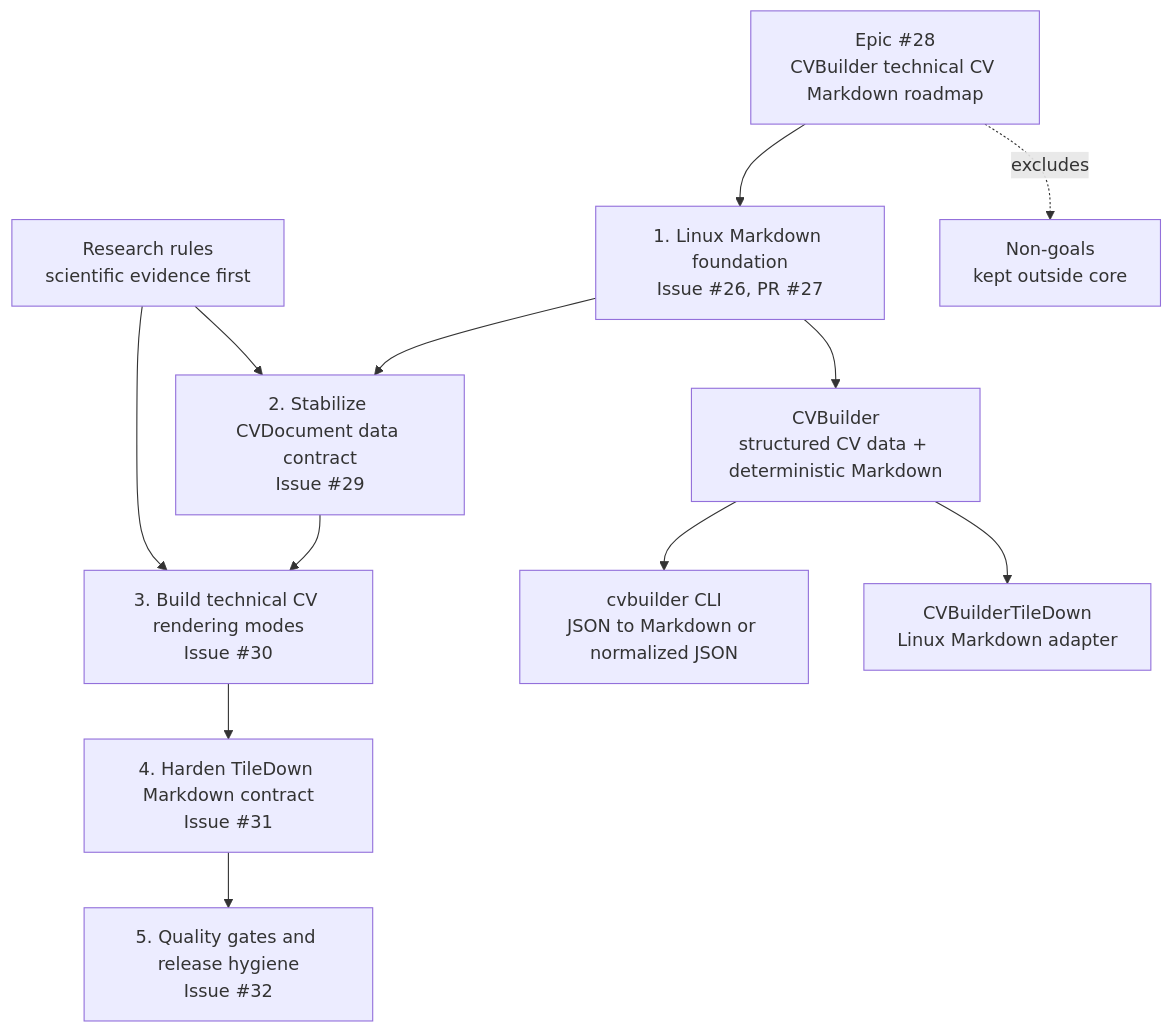
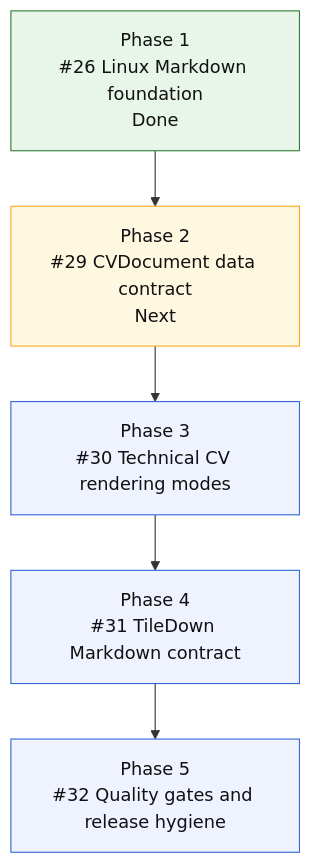
One commit to mihaelamj/cvbuilder changed the diagram in README.md. Above: the diagram before and after it, drawn with Mermaid. The commit also changed other lines of this file and 2 other files, not shown here.

Commit message:
docs(readme): mirror MarkdownPDF project layout

````diff
--- a/README.md
+++ b/README.md
@@ -192,23 +136,17 @@
 ```mermaid
 flowchart TD
-    Epic["Epic #28<br/>CVBuilder technical CV Markdown roadmap"]
-    Phase1["1. Linux Markdown foundation<br/>Issue #26, PR #27"]
-    Phase2["2. Stabilize CVDocument data contract<br/>Issue #29"]
-    Phase3["3. Build technical CV rendering modes<br/>Issue #30"]
-    Phase4["4. Harden TileDown Markdown contract<br/>Issue #31"]
-    Phase5["5. Quality gates and release hygiene<br/>Issue #32"]
+    P1["Phase 1<br/>#26 Linux Markdown foundation<br/>Done"]
+    P2["Phase 2<br/>#29 CVDocument data contract<br/>Next"]
+    P3["Phase 3<br/>#30 Technical CV rendering modes"]
+    P4["Phase 4<br/>#31 TileDown Markdown contract"]
+    P5["Phase 5<br/>#32 Quality gates and release hygiene"]
 
-    Core["CVBuilder<br/>structured CV data + deterministic Markdown"]
-    CLI["cvbuilder CLI<br/>JSON to Markdown or normalized JSON"]
-    TileDown["CVBuilderTileDown<br/>Linux Markdown adapter"]
-    Research["Research rules<br/>scientific evidence first"]
-    NonGoals["Non-goals<br/>kept outside core"]
+    P1 --> P2 --> P3 --> P4 --> P5
 
-    Epic --> Phase1 --> Phase2 --> Phase3 --> Phase4 --> Phase5
-    Research --> Phase2
-    Research --> Phase3
-    Phase1 --> Core
-    Core --> CLI
-    Core --> TileDown
-    Epic -. excludes .-> NonGoals
+    classDef done fill:#e8f5e9,stroke:#2e7d32,color:#111;
+    classDef next fill:#fff8e1,stroke:#f9a825,color:#111;
+    classDef todo fill:#eef3ff,stroke:#3367d6,color:#111;
+    class P1 done;
+    class P2 next;
+    class P3,P4,P5 todo;
 ```
````
